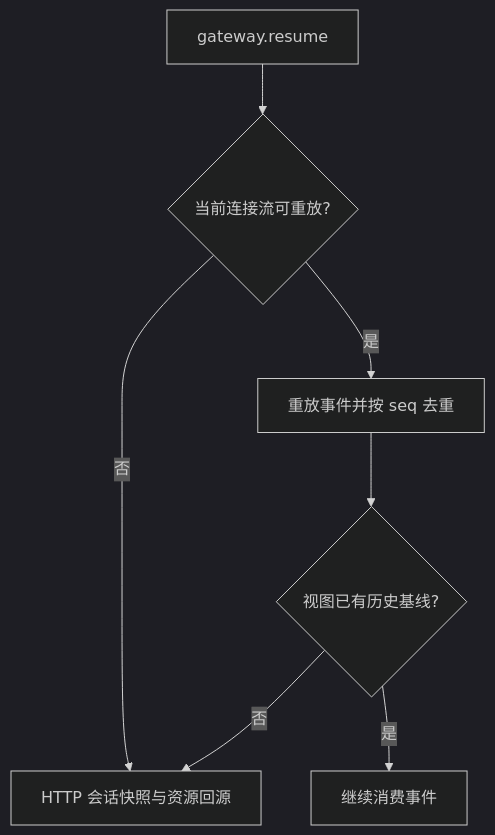
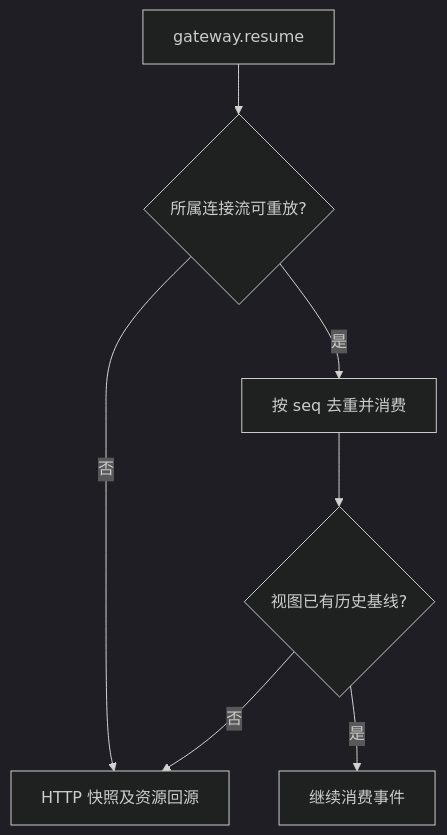
One commit to yangjinming1062/SpiritAgent changed the first of 2 diagrams in docs/PROTOCOL.md. Above: the diagram before and after it, drawn with Mermaid (dark theme). The commit also changed other lines of this file and 36 other files, not shown here.

````diff
--- a/docs/PROTOCOL.md
+++ b/docs/PROTOCOL.md
@@ -101,9 +105,9 @@
 ```mermaid
 flowchart TD
-    Resume[gateway.resume] --> Replay{当前连接流可重放?}
-    Replay -->|是| Frames[重放事件并按 seq 去重]
-    Replay -->|否| Snapshot[HTTP 会话快照与资源回源]
+    Resume[gateway.resume] --> Replay{所属连接流可重放?}
+    Replay -->|是| Frames[按 seq 去重并消费]
+    Replay -->|否| Snapshot[HTTP 快照及资源回源]
     Frames --> Baseline{视图已有历史基线?}
     Baseline -->|否| Snapshot
     Baseline -->|是| Live[继续消费事件]
 ```
````
